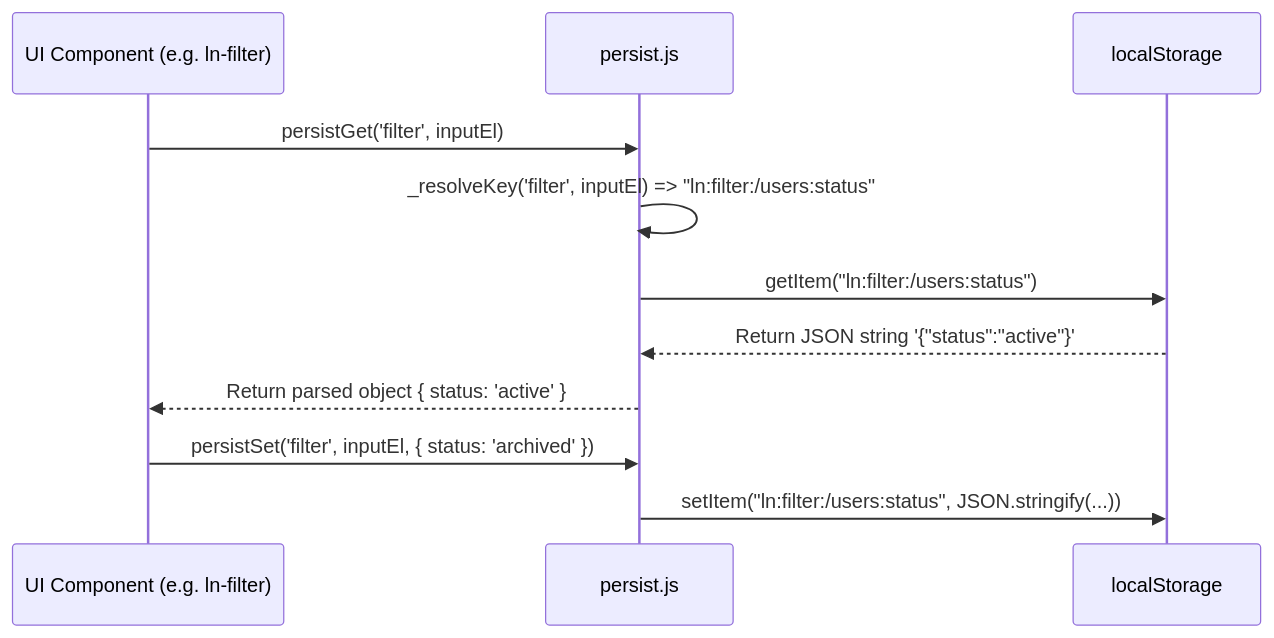
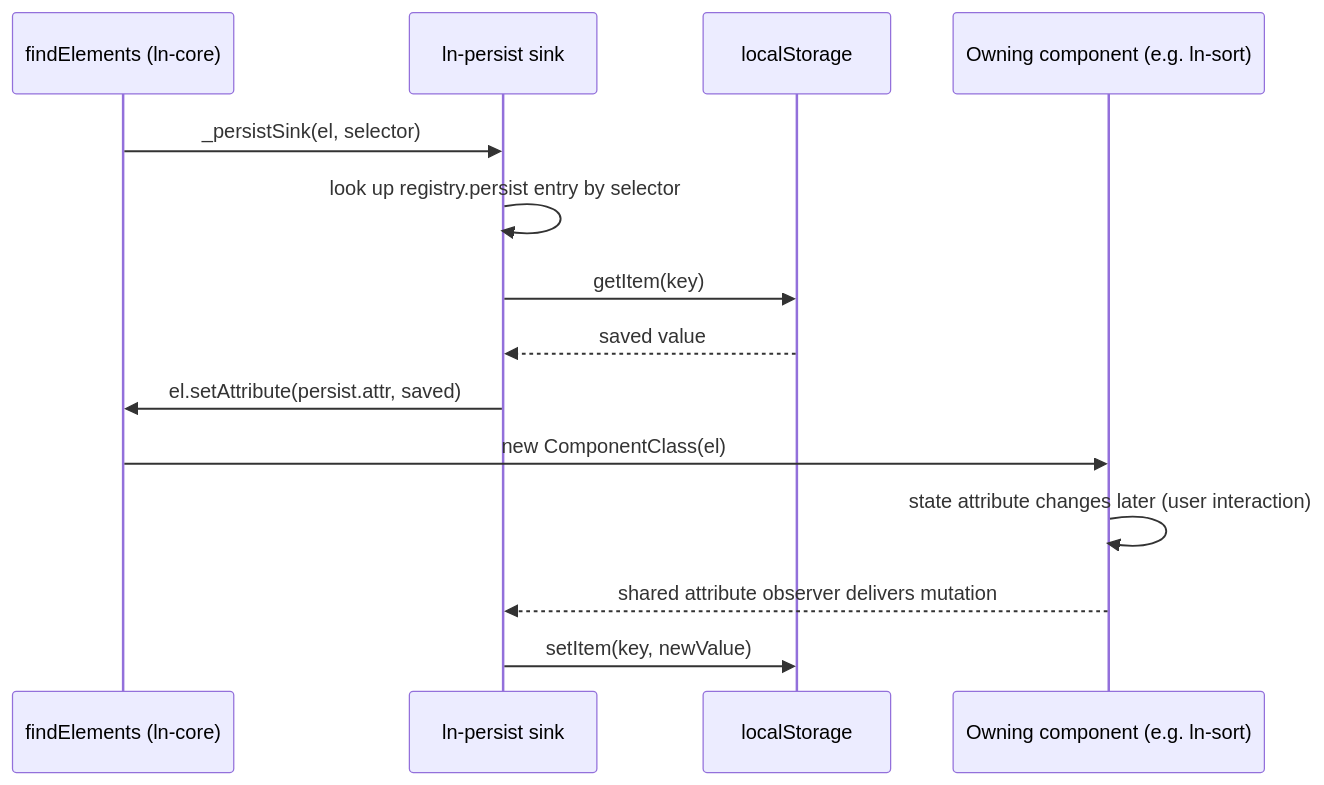
The diagram in docs-mcp/components/ln-persist.md (livenetworks/ln-ashlar), drawn with Mermaid before and after one commit. The commit also changed other lines of this file and 93 other files, not shown here.

First line of the commit message:
refactor: extract ln-persist as a standalone component; coordinator pass

````diff
--- a/docs-mcp/components/ln-persist.md
+++ b/docs-mcp/components/ln-persist.md
@@ -115,15 +173,18 @@
 ```mermaid
 sequenceDiagram
-    participant Component as UI Component (e.g. ln-filter)
-    participant Core as persist.js
+    participant Boot as findElements (ln-core)
+    participant Sink as ln-persist sink
     participant Storage as localStorage
+    participant Owner as Owning component (e.g. ln-sort)
 
-    Component->>Core: persistGet('filter', inputEl)
-    Core->>Core: _resolveKey('filter', inputEl) => "ln:filter:/users:status"
-    Core->>Storage: getItem("ln:filter:/users:status")
-    Storage-->>Core: Return JSON string '{"status":"active"}'
-    Core-->>Component: Return parsed object { status: 'active' }
+    Boot->>Sink: _persistSink(el, selector)
+    Sink->>Sink: look up registry.persist entry by selector
+    Sink->>Storage: getItem(key)
+    Storage-->>Sink: saved value
+    Sink->>Boot: el.setAttribute(persist.attr, saved)
+    Boot->>Owner: new ComponentClass(el)
 
-    Component->>Core: persistSet('filter', inputEl, { status: 'archived' })
-    Core->>Storage: setItem("ln:filter:/users:status", JSON.stringify(...))
+    Owner->>Owner: state attribute changes later (user interaction)
+    Owner-->>Sink: shared attribute observer delivers mutation
+    Sink->>Storage: setItem(key, newValue)
 ```
````
